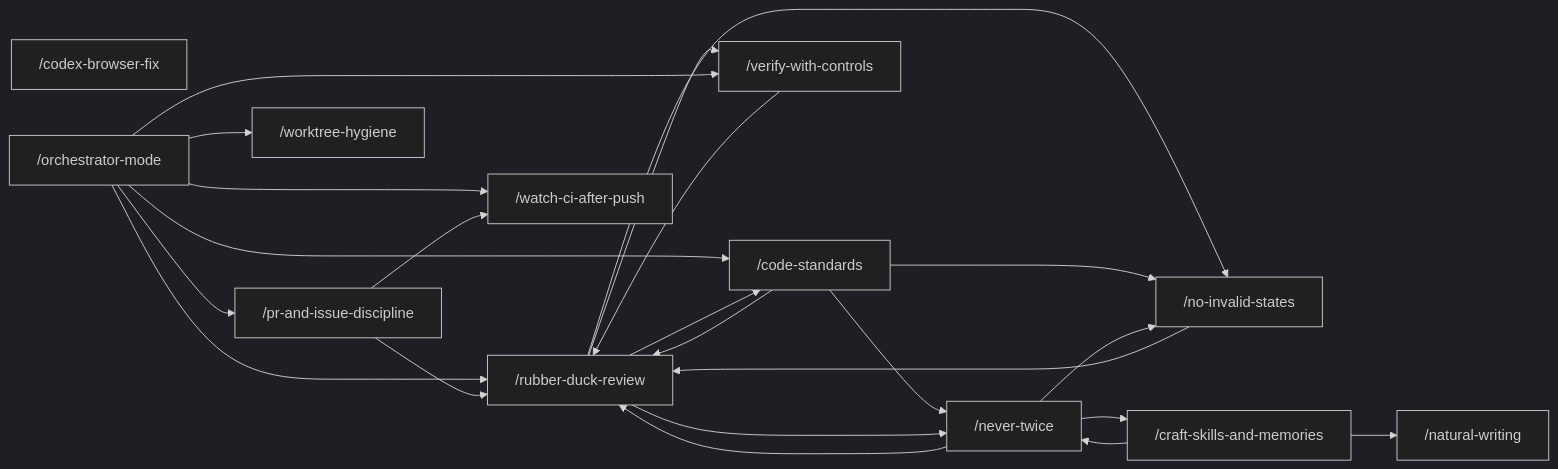
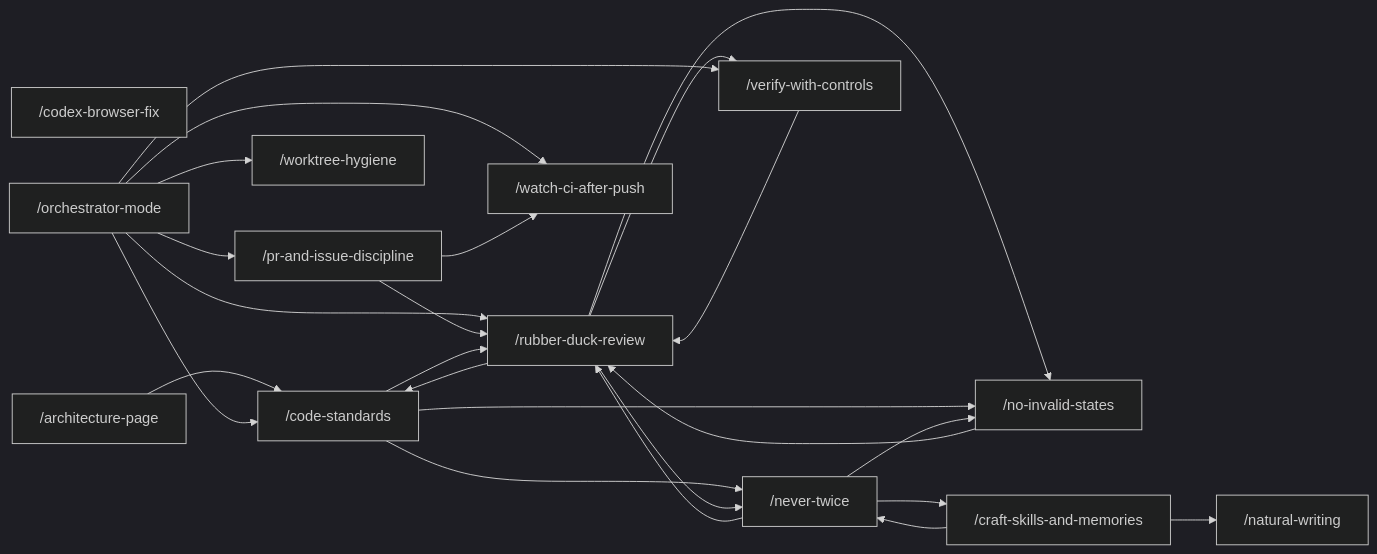
One commit to Vivswan/skills changed the diagram in README.md. Above: the diagram before and after it, drawn with Mermaid (dark theme). The commit also changed other lines of this file and 13 other files, not shown here.

First line of the commit message:
feat(architecture-page): one layering declaration, two readers, and a page whose boxes name real code

````diff
--- a/README.md
+++ b/README.md
@@ -37,26 +38,27 @@
 ```mermaid
 graph LR
   cbf["/codex-browser-fix"]
+  ap["/architecture-page"] --> cs
   om["/orchestrator-mode"] --> rdr["/rubber-duck-review"]
   om --> wca["/watch-ci-after-push"]
   om --> cs["/code-standards"]
   om --> pid["/pr-and-issue-discipline"]
   om --> wh["/worktree-hygiene"]
   pid --> wca
   pid --> rdr
   cs --> rdr
   cs --> nt
   rdr --> cs
   rdr --> nis["/no-invalid-states"]
   rdr --> nt
   rdr --> vwc
   nis --> rdr
   cs --> nis
   nt["/never-twice"] --> rdr
   nt --> nis
   nt --> csm
   om --> vwc["/verify-with-controls"]
   vwc --> rdr
   csm["/craft-skills-and-memories"] --> nw["/natural-writing"]
   csm --> nt
 ```
````
